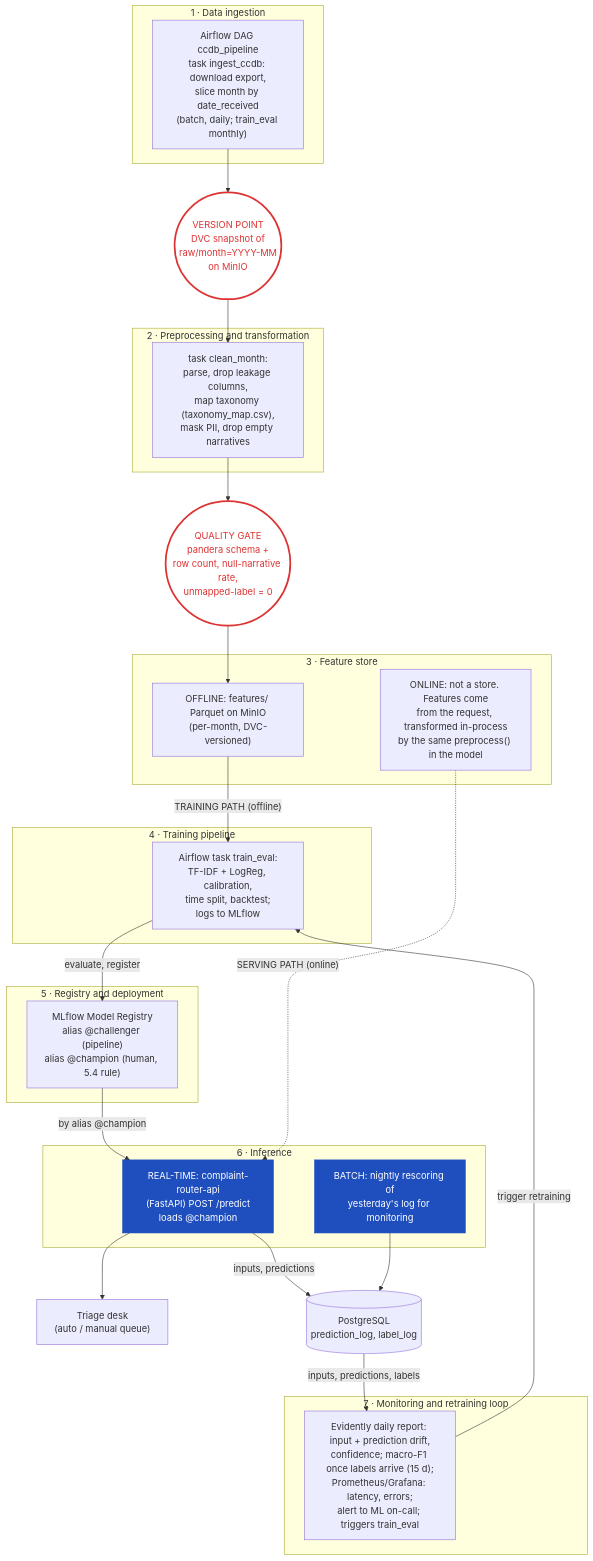
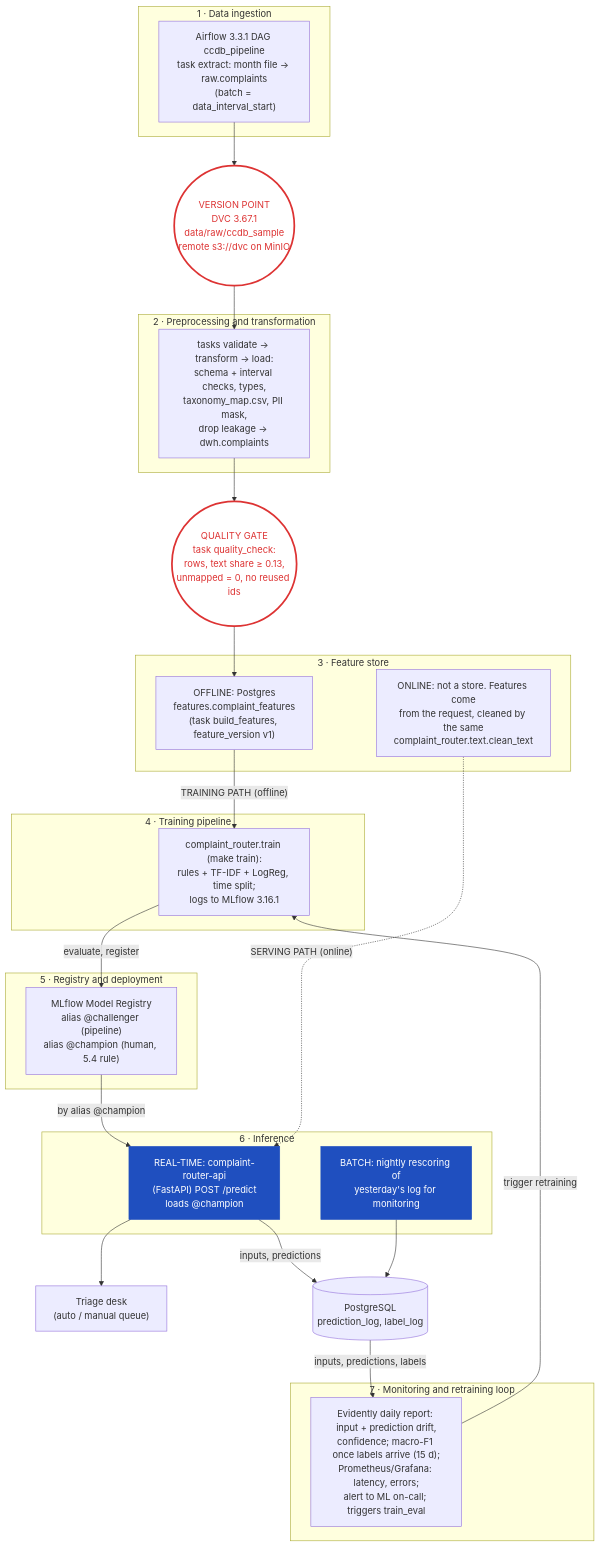
One commit to goodfrog33/kse-mlops-complaint-router changed the second of 6 diagrams in docs/design.md. Above: the diagram before and after it, drawn with Mermaid. The commit also changed other lines of this file and 26 other files, not shown here.

First line of the commit message:
Lab 2: DVC-versioned raw sample, Airflow ETL, quality gate, training with MLflow

````diff
--- a/docs/design.md
+++ b/docs/design.md
@@ -235,46 +257,46 @@
 ```mermaid
 flowchart TB
     subgraph L1["1 · Data ingestion"]
-        ING["Airflow DAG ccdb_pipeline<br/>task ingest_ccdb: download export,<br/>slice month by date_received<br/>(batch, daily; train_eval monthly)"]
+        ING["Airflow 3.3.1 DAG ccdb_pipeline<br/>task extract: month file → raw.complaints<br/>(batch = data_interval_start)"]
     end
-    VP(("VERSION POINT<br/>DVC snapshot of<br/>raw/month=YYYY-MM<br/>on MinIO"))
+    VP(("VERSION POINT<br/>DVC 3.67.1<br/>data/raw/ccdb_sample<br/>remote s3://dvc on MinIO"))
     subgraph L2["2 · Preprocessing and transformation"]
-        PRE["task clean_month:<br/>parse, drop leakage columns,<br/>map taxonomy (taxonomy_map.csv),<br/>mask PII, drop empty narratives"]
+        PRE["tasks validate → transform → load:<br/>schema + interval checks, types,<br/>taxonomy_map.csv, PII mask,<br/>drop leakage → dwh.complaints"]
     end
-    QG(("QUALITY GATE<br/>pandera schema +<br/>row count, null-narrative rate,<br/>unmapped-label = 0"))
+    QG(("QUALITY GATE<br/>task quality_check:<br/>rows, text share ≥ 0.13,<br/>unmapped = 0, no reused ids"))
     subgraph L3["3 · Feature store"]
-        OFF["OFFLINE: features/ Parquet on MinIO<br/>(per-month, DVC-versioned)"]
-        ON["ONLINE: not a store. Features come<br/>from the request, transformed in-process<br/>by the same preprocess() in the model"]
+        OFF["OFFLINE: Postgres<br/>features.complaint_features<br/>(task build_features, feature_version v1)"]
+        ON["ONLINE: not a store. Features come<br/>from the request, cleaned by the same<br/>complaint_router.text.clean_text"]
     end
     subgraph L4["4 · Training pipeline"]
-        TR["Airflow task train_eval:<br/>TF-IDF + LogReg, calibration,<br/>time split, backtest;<br/>logs to MLflow"]
+        TR["complaint_router.train (make train):<br/>rules + TF-IDF + LogReg, time split;<br/>logs to MLflow 3.16.1"]
     end
     subgraph L5["5 · Registry and deployment"]
         REG["MLflow Model Registry<br/>alias @challenger (pipeline)<br/>alias @champion (human, 5.4 rule)"]
     end
     subgraph L6["6 · Inference"]
         RT["REAL-TIME: complaint-router-api<br/>(FastAPI) POST /predict<br/>loads @champion"]
         BT["BATCH: nightly rescoring of<br/>yesterday's log for monitoring"]
     end
     CONS["Triage desk<br/>(auto / manual queue)"]
     subgraph L7["7 · Monitoring and retraining loop"]
         MON["Evidently daily report: input + prediction drift,<br/>confidence; macro-F1 once labels arrive (15 d);<br/>Prometheus/Grafana: latency, errors;<br/>alert to ML on-call; triggers train_eval"]
     end
     PG[("PostgreSQL<br/>prediction_log, label_log")]
 
     ING --> VP --> PRE --> QG --> OFF
     OFF -- "TRAINING PATH (offline)" --> TR
     TR -- "evaluate, register" --> REG
     REG -- "by alias @champion" --> RT
     ON -. "SERVING PATH (online)" .-> RT
     RT --> CONS
     RT -- "inputs, predictions" --> PG
     BT --> PG
     PG -- "inputs, predictions, labels" --> MON
     MON -- "trigger retraining" --> TR
 
     classDef mark fill:#fff,stroke:#d33,stroke-width:3px,color:#d33;
     class VP,QG mark;
     classDef inf fill:#1f4fbf,color:#fff,stroke:#1f4fbf;
     class RT,BT inf;
 ```
````
